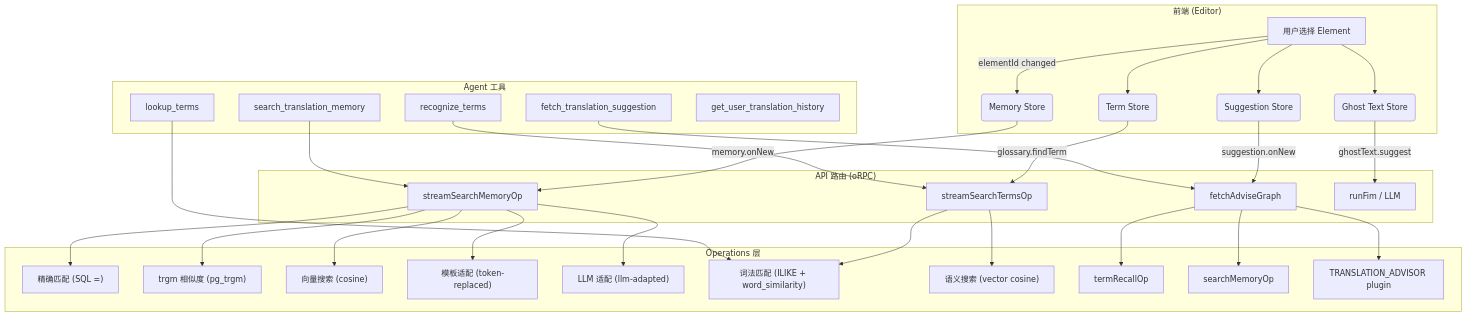
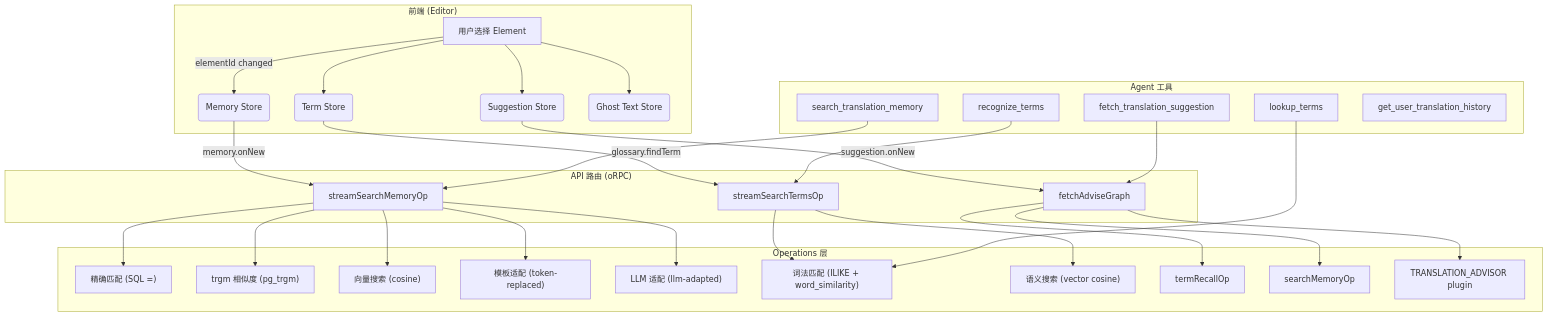
One commit to YKDZ/cat changed the diagram in apps/docs/src/developer/recall.md. Above: the diagram before and after it, drawn with Mermaid. The commit also changed 4 other files, not shown here.

````diff
--- a/apps/docs/src/developer/recall.md
+++ b/apps/docs/src/developer/recall.md
@@ -7,37 +7,36 @@
 ```mermaid
 graph TD
     subgraph "前端 (Editor)"
         A[用户选择 Element] -->|elementId changed| B(Memory Store)
         A --> C(Term Store)
         A --> D(Suggestion Store)
         A --> E(Ghost Text Store)
     end
 
     subgraph "API 路由 (oRPC)"
         B -->|memory.onNew| F[streamSearchMemoryOp]
         C -->|glossary.findTerm| G[streamSearchTermsOp]
         D -->|suggestion.onNew| H[fetchAdviseGraph]
-        E -->|ghostText.suggest| I[runFim / LLM]
     end
 
     subgraph "Operations 层"
         F --> F1["精确匹配 (SQL =)"]
         F --> F2["trgm 相似度 (pg_trgm)"]
         F --> F3["向量搜索 (cosine)"]
         F --> F4["模板适配 (token-replaced)"]
         F --> F5["LLM 适配 (llm-adapted)"]
         G --> G1["词法匹配 (ILIKE + word_similarity)"]
         G --> G2["语义搜索 (vector cosine)"]
         H --> H1[termRecallOp]
         H --> H2[searchMemoryOp]
         H --> H3[TRANSLATION_ADVISOR plugin]
     end
 
     subgraph "Agent 工具"
         J[lookup_terms] --> G1
         K[search_translation_memory] --> F
         L[fetch_translation_suggestion] --> H
         M[recognize_terms] --> G
         N[get_user_translation_history]
     end
 ```
````
